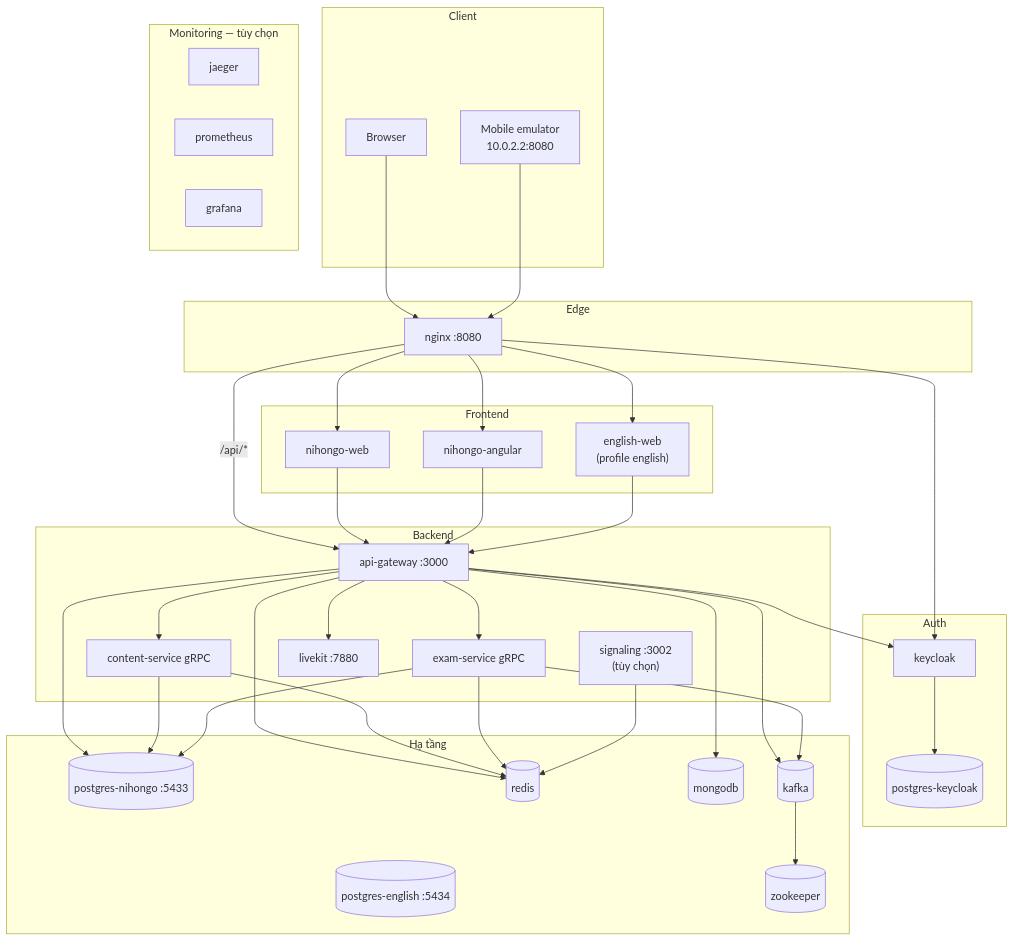
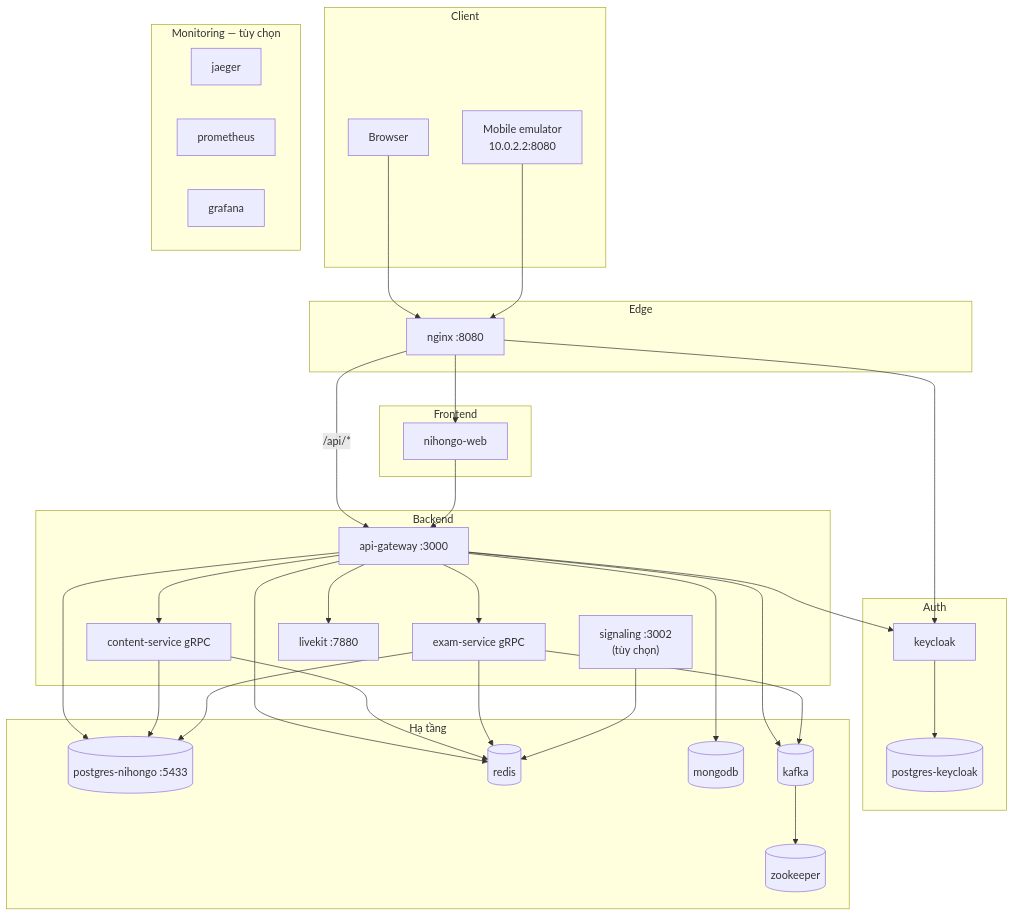
The diagram in docs/docker.md (letiendungdn/EDU_APP), drawn with Mermaid before and after one commit. The commit also changed other lines of this file and 61 other files, not shown here.

First line of the commit message:
chore: drop leftover English and Angular wiring

````diff
--- a/docs/docker.md
+++ b/docs/docker.md
@@ -101,72 +97,65 @@
 ```mermaid
 flowchart TB
   subgraph client [Client]
     Browser
     Mobile["Mobile emulator\n10.0.2.2:8080"]
   end
 
   subgraph edge [Edge]
     Nginx["nginx :8080"]
   end
 
   subgraph apps [Frontend]
     NW["nihongo-web"]
-    NA["nihongo-angular"]
-    EW["english-web\n(profile english)"]
   end
 
   subgraph auth [Auth]
     KC["keycloak"]
     PGC[(postgres-keycloak)]
   end
 
   subgraph api [Backend]
     GW["api-gateway :3000"]
     CS["content-service gRPC"]
     ES["exam-service gRPC"]
     SIG["signaling :3002\n(tùy chọn)"]
     LK["livekit :7880"]
   end
 
   subgraph infra [Hạ tầng]
     PG[(postgres-nihongo :5433)]
-    PGE[(postgres-english :5434)]
     RD[(redis)]
     MG[(mongodb)]
     KF[(kafka)]
     ZK[(zookeeper)]
   end
 
   subgraph obs [Monitoring — tùy chọn]
     JG[jaeger]
     PR[prometheus]
     GF[grafana]
   end
 
   Browser --> Nginx
   Mobile --> Nginx
   Nginx --> NW
-  Nginx --> NA
-  Nginx --> EW
   Nginx --> KC
   Nginx -->|"/api/*"| GW
   NW --> GW
-  NA --> GW
-  EW --> GW
   GW --> CS
   GW --> ES
   GW --> PG
   GW --> RD
   GW --> MG
   GW --> KF
   GW --> KC
   GW --> LK
   KC --> PGC
   CS --> PG
   CS --> RD
   ES --> PG
   ES --> RD
   ES --> KF
   KF --> ZK
   SIG --> RD
 ```
````
